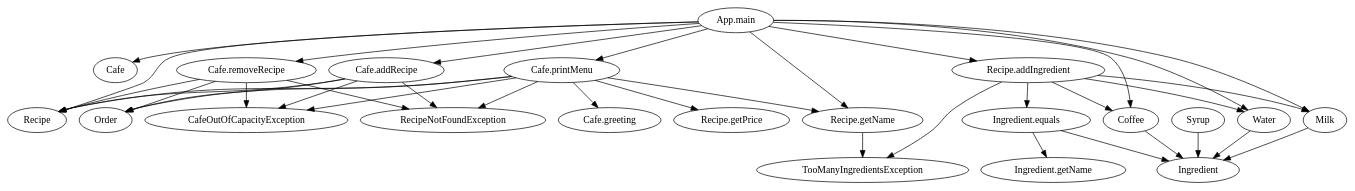
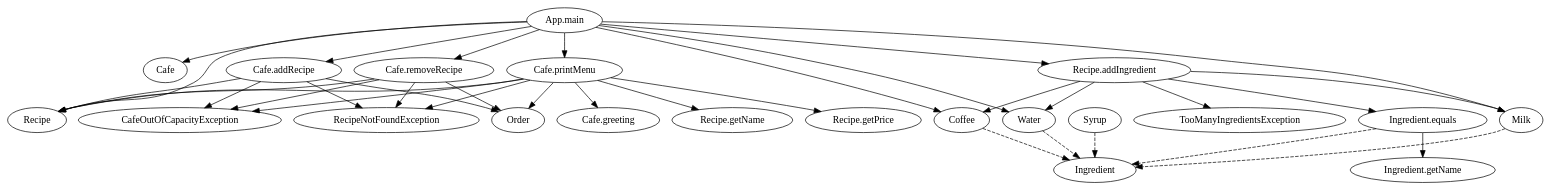
The diagram in Cafe.dot (ruizhengu/CausalGrading), drawn with Graphviz before and after one commit. The commit also changed 2 other files, not shown here.

Commit message:
add style attribute to the graph to differentiate method call and data dependency

```diff
--- a/Cafe.dot
+++ b/Cafe.dot
@@ -1,60 +1,58 @@
 digraph Cafe {
 "App.main" [label="App.main"];
 "Cafe" [label="Cafe"];
 "Recipe" [label="Recipe"];
 "Coffee" [label="Coffee"];
 "Water" [label="Water"];
 "Milk" [label="Milk"];
 "Recipe.addIngredient" [label="Recipe.addIngredient"];
 "TooManyIngredientsException" [label="TooManyIngredientsException"];
 "Ingredient.equals" [label="Ingredient.equals"];
 "Ingredient" [label="Ingredient"];
 "Ingredient.getName" [label="Ingredient.getName"];
 "Cafe.addRecipe" [label="Cafe.addRecipe"];
 "CafeOutOfCapacityException" [label="CafeOutOfCapacityException"];
 "RecipeNotFoundException" [label="RecipeNotFoundException"];
 "Order" [label="Order"];
 "Cafe.removeRecipe" [label="Cafe.removeRecipe"];
-"Recipe.getName" [label="Recipe.getName"];
 "Cafe.printMenu" [label="Cafe.printMenu"];
 "Cafe.greeting" [label="Cafe.greeting"];
+"Recipe.getName" [label="Recipe.getName"];
 "Recipe.getPrice" [label="Recipe.getPrice"];
 "Syrup" [label="Syrup"];
 "App.main" -> "Cafe";
 "App.main" -> "Recipe";
 "App.main" -> "Coffee";
 "App.main" -> "Water";
 "App.main" -> "Milk";
 "App.main" -> "Recipe.addIngredient";
 "App.main" -> "Cafe.addRecipe";
 "App.main" -> "Cafe.removeRecipe";
-"App.main" -> "Recipe.getName";
 "App.main" -> "Cafe.printMenu";
-"Coffee" -> "Ingredient";
-"Water" -> "Ingredient";
-"Milk" -> "Ingredient";
+"Coffee" -> "Ingredient"[style="dashed"];
+"Water" -> "Ingredient"[style="dashed"];
+"Milk" -> "Ingredient"[style="dashed"];
 "Recipe.addIngredient" -> "Coffee";
 "Recipe.addIngredient" -> "TooManyIngredientsException";
 "Recipe.addIngredient" -> "Ingredient.equals";
 "Recipe.addIngredient" -> "Water";
 "Recipe.addIngredient" -> "Milk";
-"Ingredient.equals" -> "Ingredient";
+"Ingredient.equals" -> "Ingredient"[style="dashed"];
 "Ingredient.equals" -> "Ingredient.getName";
 "Cafe.addRecipe" -> "Recipe";
 "Cafe.addRecipe" -> "CafeOutOfCapacityException";
 "Cafe.addRecipe" -> "RecipeNotFoundException";
 "Cafe.addRecipe" -> "Order";
 "Cafe.removeRecipe" -> "CafeOutOfCapacityException";
 "Cafe.removeRecipe" -> "RecipeNotFoundException";
 "Cafe.removeRecipe" -> "Order";
 "Cafe.removeRecipe" -> "Recipe";
-"Recipe.getName" -> "TooManyIngredientsException";
 "Cafe.printMenu" -> "CafeOutOfCapacityException";
 "Cafe.printMenu" -> "RecipeNotFoundException";
 "Cafe.printMenu" -> "Order";
 "Cafe.printMenu" -> "Recipe";
 "Cafe.printMenu" -> "Cafe.greeting";
 "Cafe.printMenu" -> "Recipe.getName";
 "Cafe.printMenu" -> "Recipe.getPrice";
-"Syrup" -> "Ingredient";
+"Syrup" -> "Ingredient"[style="dashed"];
 }
```
